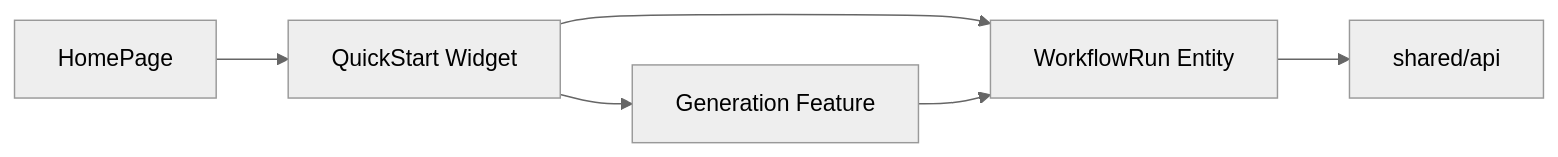
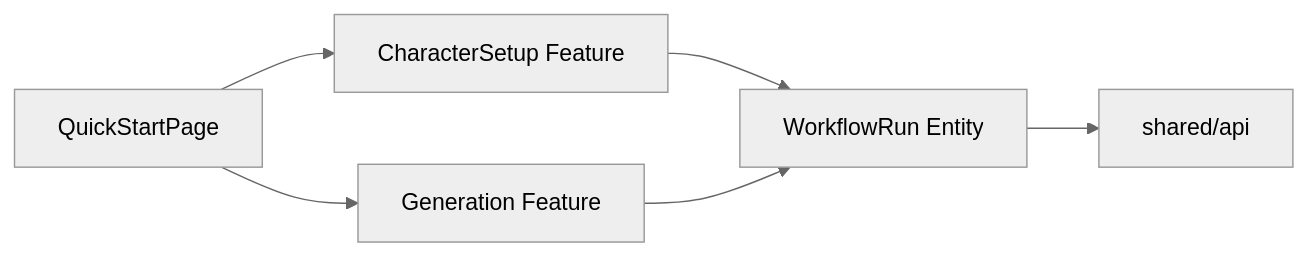
Before and after one commit to 1024XEngineer/Windup: the sixth of 10 diagrams in docs/frontend-architecture.md, drawn with Mermaid (neutral theme). The commit also changed other lines of this file, not shown here.

First line of the commit message:
docs(frontend-architecture): promote quick-start/workflow-editor to pages

````diff
--- a/docs/frontend-architecture.md
+++ b/docs/frontend-architecture.md
@@ -156,8 +159,8 @@
 ```mermaid
 flowchart LR
-    home["HomePage"] --> quick["QuickStart Widget"]
-    quick --> generation["Generation Feature"]
-    quick --> run["WorkflowRun Entity"]
+    page["QuickStartPage"] --> characterSetup["CharacterSetup Feature"]
+    page --> generation["Generation Feature"]
+    characterSetup --> run["WorkflowRun Entity"]
     generation --> run
     run --> api["shared/api"]
 ```
````
